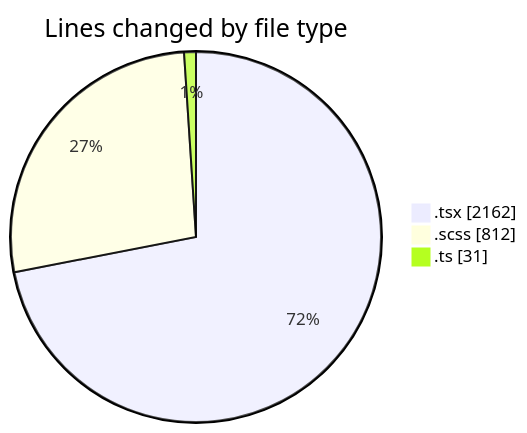
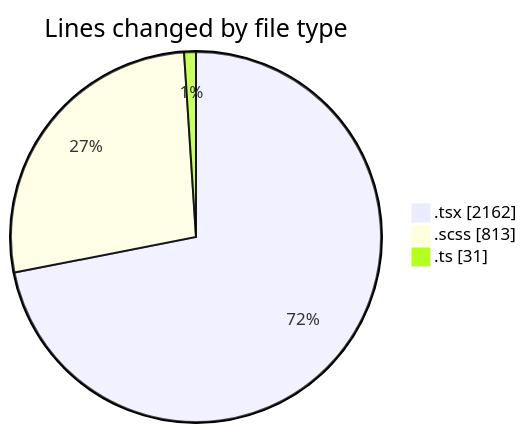
The first of 2 diagrams in 2025-04-07/cda/README.md (momahboobian/code-tracking), drawn with Mermaid before and after one commit. The commit also changed other lines of this file and 1 other file, not shown here.

````diff
--- a/2025-04-07/cda/README.md
+++ b/2025-04-07/cda/README.md
@@ -32,7 +32,7 @@
 ```mermaid
 pie showData
 title Lines changed by file type
 ".tsx" : 2162
-".scss" : 812
+".scss" : 813
 ".ts" : 31
 ```
````
